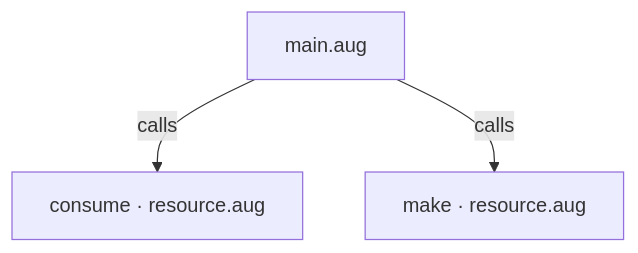
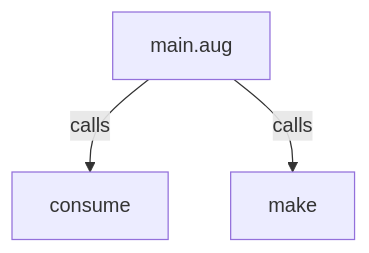
One commit to GreenPandaStudios/augscript changed the first of 2 diagrams in docs/examples/ownership-transfer/main-diagrams.md. Above: the diagram before and after it, drawn with Mermaid. The commit also changed other lines of this file and 524 other files, not shown here.

Commit message:
Explain checked data flow at folder and service levels

````diff
--- a/docs/examples/ownership-transfer/main-diagrams.md
+++ b/docs/examples/ownership-transfer/main-diagrams.md
@@ -23,8 +20,8 @@
 ```mermaid
 flowchart TD
     n0["main.aug"]
-    n1["consume · resource.aug"]
-    n2["make · resource.aug"]
+    n1["consume"]
+    n2["make"]
     n0 -->|"calls"| n1
     n0 -->|"calls"| n2
 ```
````
